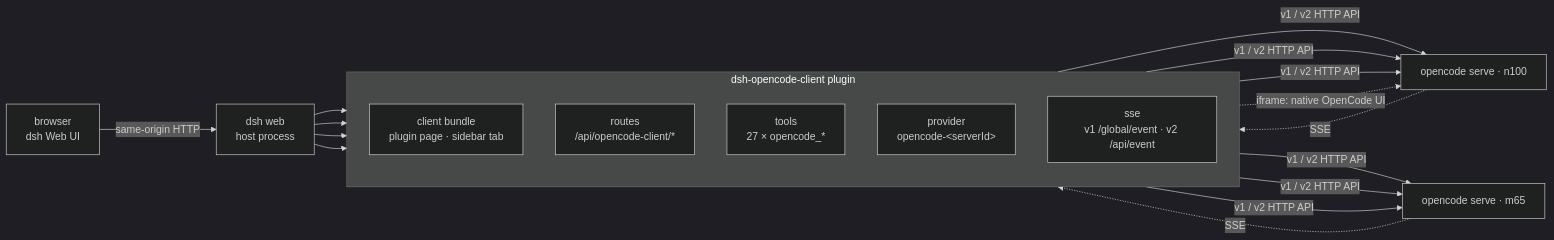
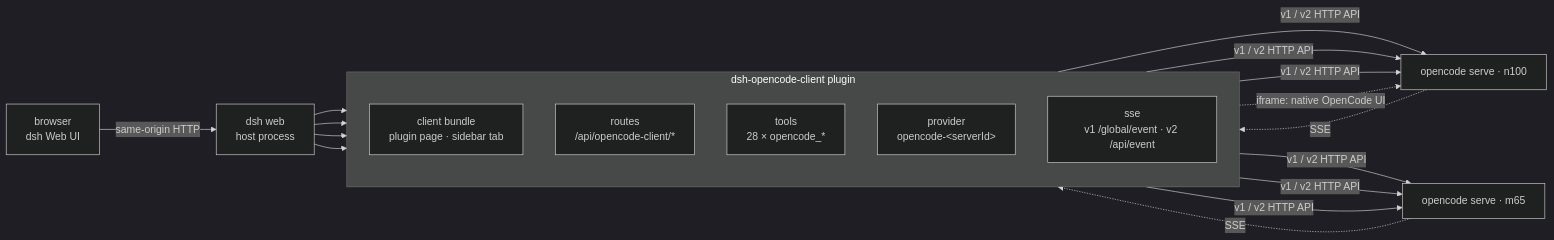
The diagram in README.md (yhuan416/dsh-opencode-client), drawn with Mermaid (dark theme) before and after one commit. The commit also changed other lines of this file and 13 other files, not shown here.

````diff
--- a/README.md
+++ b/README.md
@@ -87,29 +87,29 @@
 ```mermaid
 flowchart LR
     BROWSER["browser<br/>dsh Web UI"] -->|"same-origin HTTP"| DSH["dsh web<br/>host process"]
 
     subgraph PLUGIN["dsh-opencode-client plugin"]
         direction TB
         CLIENT["client bundle<br/>plugin page · sidebar tab"]
         ROUTES["routes<br/>/api/opencode-client/*"]
-        TOOLS["tools<br/>27 × opencode_*"]
+        TOOLS["tools<br/>28 × opencode_*"]
         PROVIDER["provider<br/>opencode-&lt;serverId&gt;"]
         SSE["sse<br/>v1 /global/event · v2 /api/event"]
     end
 
     DSH --> CLIENT
     DSH --> ROUTES
     DSH --> TOOLS
     DSH --> PROVIDER
 
     ROUTES -->|"v1 / v2 HTTP API"| N100["opencode serve · n100"]
     TOOLS -->|"v1 / v2 HTTP API"| N100
     PROVIDER -->|"v1 / v2 HTTP API"| N100
     ROUTES -->|"v1 / v2 HTTP API"| M65["opencode serve · m65"]
     TOOLS -->|"v1 / v2 HTTP API"| M65
     PROVIDER -->|"v1 / v2 HTTP API"| M65
 
     N100 -.->|"SSE"| SSE
     M65 -.->|"SSE"| SSE
     CLIENT -.->|"iframe: native OpenCode UI"| N100
 ```
````
